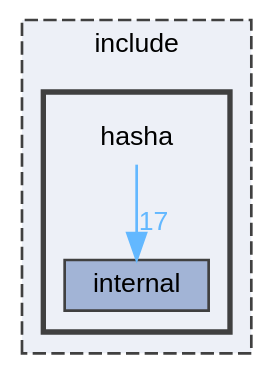
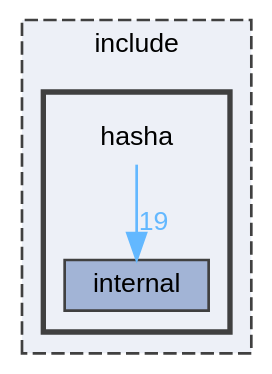
The diagram in docs/dir_a4a1bd6a6f47eff74681f752ad8bc128_dep.dot (reslaid32/hasha), drawn with Graphviz before and after one commit. The commit also changed 203 other files, not shown here.

```diff
--- a/docs/dir_a4a1bd6a6f47eff74681f752ad8bc128_dep.dot
+++ b/docs/dir_a4a1bd6a6f47eff74681f752ad8bc128_dep.dot
@@ -1,17 +1,17 @@
 digraph "include/hasha"
 {
  // LATEX_PDF_SIZE
   bgcolor="transparent";
   edge [fontname=Helvetica,fontsize=10,labelfontname=Helvetica,labelfontsize=10];
   node [fontname=Helvetica,fontsize=10,shape=box,height=0.2,width=0.4];
   compound=true
   subgraph clusterdir_d44c64559bbebec7f509842c48db8b23 {
     graph [ bgcolor="#edf0f7", pencolor="grey25", label="include", fontname=Helvetica,fontsize=10 style="filled,dashed", URL="dir_d44c64559bbebec7f509842c48db8b23.html",tooltip=""]
   subgraph clusterdir_a4a1bd6a6f47eff74681f752ad8bc128 {
     graph [ bgcolor="#edf0f7", pencolor="grey25", label="", fontname=Helvetica,fontsize=10 style="filled,bold", URL="dir_a4a1bd6a6f47eff74681f752ad8bc128.html",tooltip=""]
     dir_a4a1bd6a6f47eff74681f752ad8bc128 [shape=plaintext, label="hasha"];
   dir_85f9138f07c20f37adf55a1b4ce19dcc [label="internal", fillcolor="#a2b4d6", color="grey25", style="filled", URL="dir_85f9138f07c20f37adf55a1b4ce19dcc.html",tooltip=""];
   }
   }
-  dir_a4a1bd6a6f47eff74681f752ad8bc128->dir_85f9138f07c20f37adf55a1b4ce19dcc [headlabel="17", labeldistance=1.5 headhref="dir_000000_000002.html" href="dir_000000_000002.html" color="steelblue1" fontcolor="steelblue1"];
+  dir_a4a1bd6a6f47eff74681f752ad8bc128->dir_85f9138f07c20f37adf55a1b4ce19dcc [headlabel="19", labeldistance=1.5 headhref="dir_000000_000002.html" href="dir_000000_000002.html" color="steelblue1" fontcolor="steelblue1"];
 }
```
